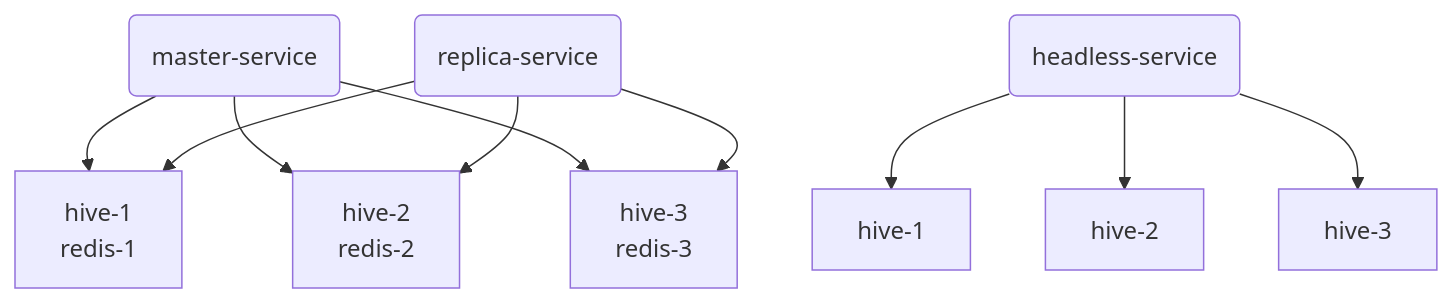
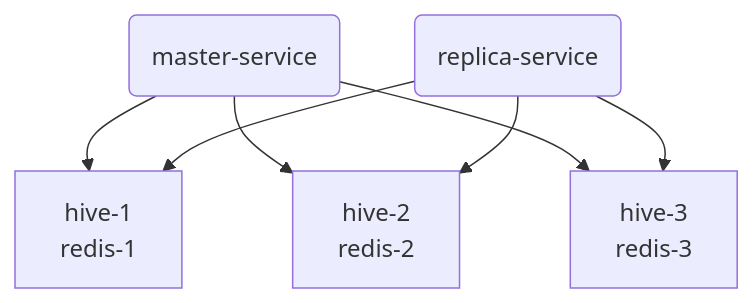
Before and after one commit to ryancalhoun/redis-hive: the third of 5 diagrams in README.md, drawn with Mermaid. The commit also changed other lines of this file, not shown here.

````diff
--- a/README.md
+++ b/README.md
@@ -54,14 +54,11 @@
 ```mermaid
 graph TD;
   p(master-service)-->p1[hive-1<br>redis-1];
   p-->p2[hive-2<br>redis-2];
   p-->p3[hive-3<br>redis-3];
 
   r(replica-service)-->p1;
   r-->p2;
   r-->p3;
 
-  s(headless-service)-->h1[hive-1]
-  s-->h2[hive-2]
-  s-->h3[hive-3]
 ```
````
